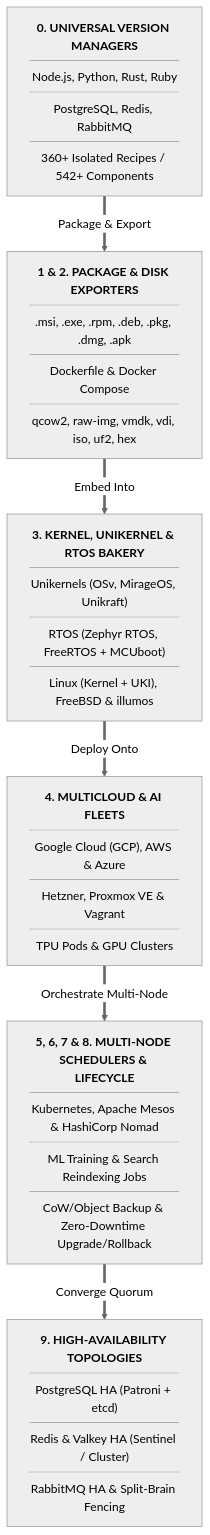
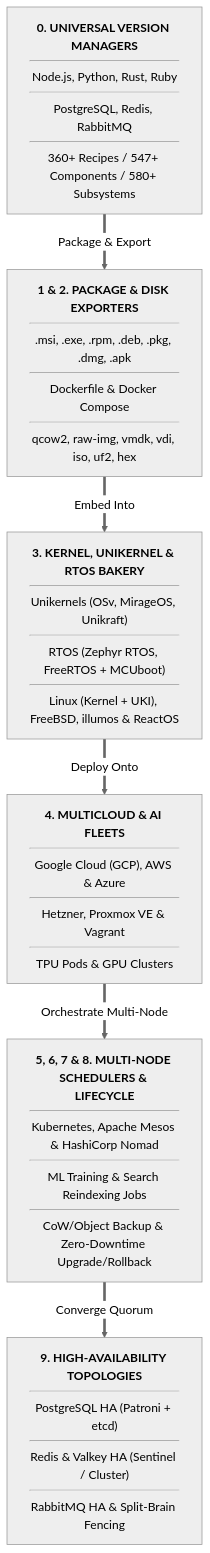
Before and after one commit to SamuelMarks/libscript: the first of 8 diagrams in ARCHITECTURE.md, drawn with Mermaid (neutral theme). The commit also changed other lines of this file and 114 other files, not shown here.

````diff
--- a/ARCHITECTURE.md
+++ b/ARCHITECTURE.md
@@ -32,20 +32,20 @@
 ```mermaid
 flowchart TD
-    VMS["<b>0. UNIVERSAL VERSION MANAGERS</b><hr/>Node.js, Python, Rust, Ruby<hr/>PostgreSQL, Redis, RabbitMQ<hr/>360+ Isolated Recipes / 542+ Components"]
+    VMS["<b>0. UNIVERSAL VERSION MANAGERS</b><hr/>Node.js, Python, Rust, Ruby<hr/>PostgreSQL, Redis, RabbitMQ<hr/>360+ Recipes / 547+ Components / 580+ Subsystems"]
 
     PKG["<b>1 & 2. PACKAGE & DISK EXPORTERS</b><hr/>.msi, .exe, .rpm, .deb, .pkg, .dmg, .apk<hr/>Dockerfile & Docker Compose<hr/>qcow2, raw-img, vmdk, vdi, iso, uf2, hex"]
 
-    OS["<b>3. KERNEL, UNIKERNEL & RTOS BAKERY</b><hr/>Unikernels (OSv, MirageOS, Unikraft)<hr/>RTOS (Zephyr RTOS, FreeRTOS + MCUboot)<hr/>Linux (Kernel + UKI), FreeBSD & illumos"]
+    OS["<b>3. KERNEL, UNIKERNEL & RTOS BAKERY</b><hr/>Unikernels (OSv, MirageOS, Unikraft)<hr/>RTOS (Zephyr RTOS, FreeRTOS + MCUboot)<hr/>Linux (Kernel + UKI), FreeBSD, illumos & ReactOS"]
 
     CLOUD["<b>4. MULTICLOUD & AI FLEETS</b><hr/>Google Cloud (GCP), AWS & Azure<hr/>Hetzner, Proxmox VE & Vagrant<hr/>TPU Pods & GPU Clusters"]
 
     SCHED["<b>5, 6, 7 & 8. MULTI-NODE SCHEDULERS & LIFECYCLE</b><hr/>Kubernetes, Apache Mesos & HashiCorp Nomad<hr/>ML Training & Search Reindexing Jobs<hr/>CoW/Object Backup & Zero-Downtime Upgrade/Rollback"]
 
     HA["<b>9. HIGH-AVAILABILITY TOPOLOGIES</b><hr/>PostgreSQL HA (Patroni + etcd)<hr/>Redis & Valkey HA (Sentinel / Cluster)<hr/>RabbitMQ HA & Split-Brain Fencing"]
 
     VMS ==>|"Package & Export"| PKG
     PKG ==>|"Embed Into"| OS
     OS ==>|"Deploy Onto"| CLOUD
     CLOUD ==>|"Orchestrate Multi-Node"| SCHED
     SCHED ==>|"Converge Quorum"| HA
 ```
````
